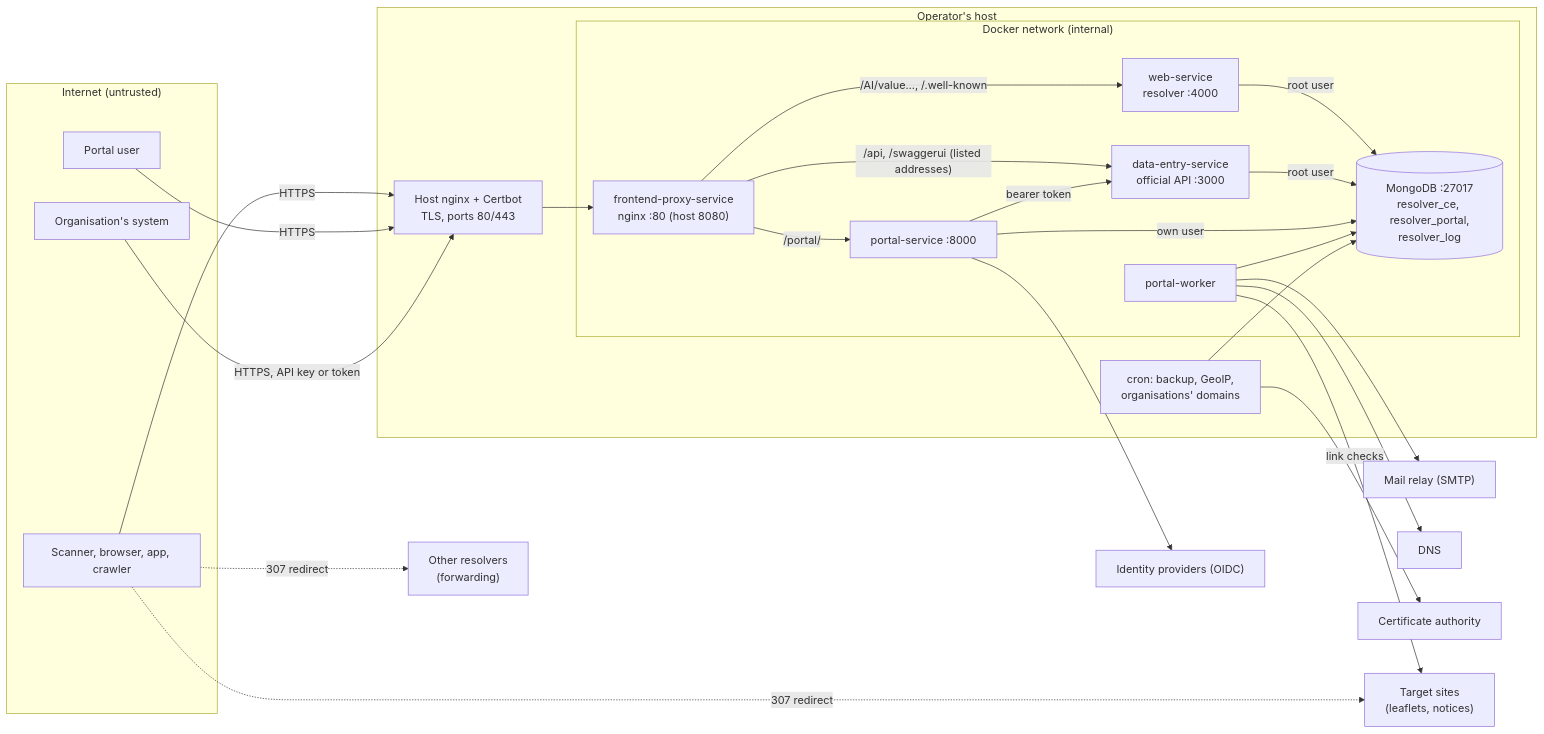
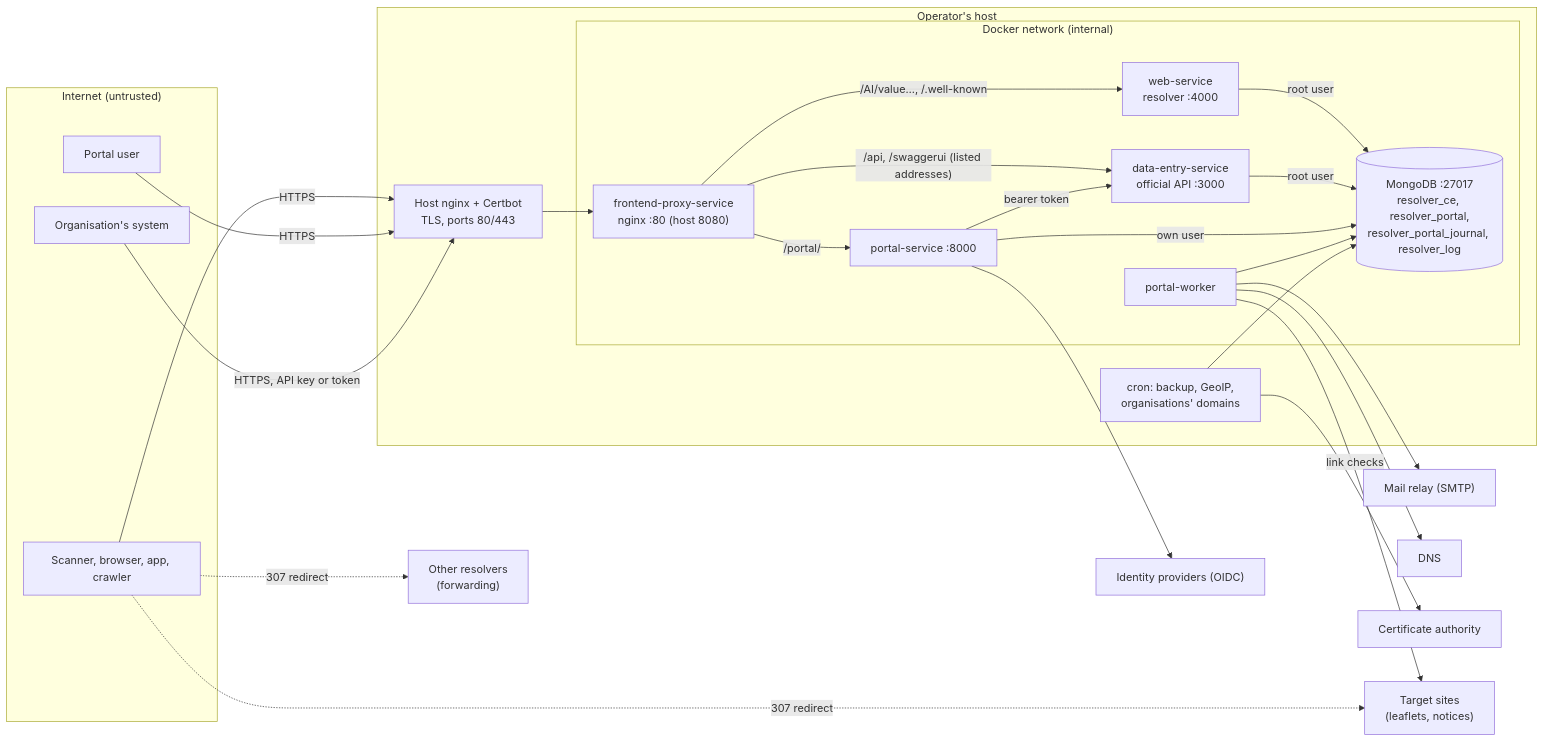
The diagram in Documentation/threat-model.md (ricardomelo/GS1_DigitalLink_Resolver_CE), drawn with Mermaid before and after one commit. The commit also changed other lines of this file and 15 other files, not shown here.

````diff
--- a/Documentation/threat-model.md
+++ b/Documentation/threat-model.md
@@ -52,47 +52,47 @@
 ```mermaid
 flowchart LR
     subgraph internet["Internet (untrusted)"]
         scan["Scanner, browser, app, crawler"]
         user["Portal user"]
         sys["Organisation's system"]
     end
     subgraph host["Operator's host"]
         edge["Host nginx + Certbot<br/>TLS, ports 80/443"]
         subgraph docker["Docker network (internal)"]
             proxy["frontend-proxy-service<br/>nginx :80 (host 8080)"]
             web["web-service<br/>resolver :4000"]
             de["data-entry-service<br/>official API :3000"]
             portal["portal-service :8000"]
             worker["portal-worker"]
-            db[("MongoDB :27017<br/>resolver_ce, resolver_portal,<br/>resolver_log")]
+            db[("MongoDB :27017<br/>resolver_ce, resolver_portal,<br/>resolver_portal_journal, resolver_log")]
         end
         cron["cron: backup, GeoIP,<br/>organisations' domains"]
     end
     idp["Identity providers (OIDC)"]
     mail["Mail relay (SMTP)"]
     dns["DNS"]
     ca["Certificate authority"]
     targets["Target sites<br/>(leaflets, notices)"]
     other["Other resolvers<br/>(forwarding)"]
 
     scan -->|HTTPS| edge
     user -->|HTTPS| edge
     sys -->|"HTTPS, API key or token"| edge
     edge --> proxy
     proxy -->|"/AI/value…, /.well-known"| web
     proxy -->|"/api, /swaggerui (listed addresses)"| de
     proxy -->|"/portal/"| portal
     portal -->|"bearer token"| de
     web -->|"root user"| db
     de -->|"root user"| db
     portal -->|"own user"| db
     worker --> db
     worker -->|"link checks"| targets
     portal --> idp
     worker --> mail
     worker --> dns
     cron --> ca
     cron --> db
     scan -.->|"307 redirect"| targets
     scan -.->|"307 redirect"| other
 ```
````
